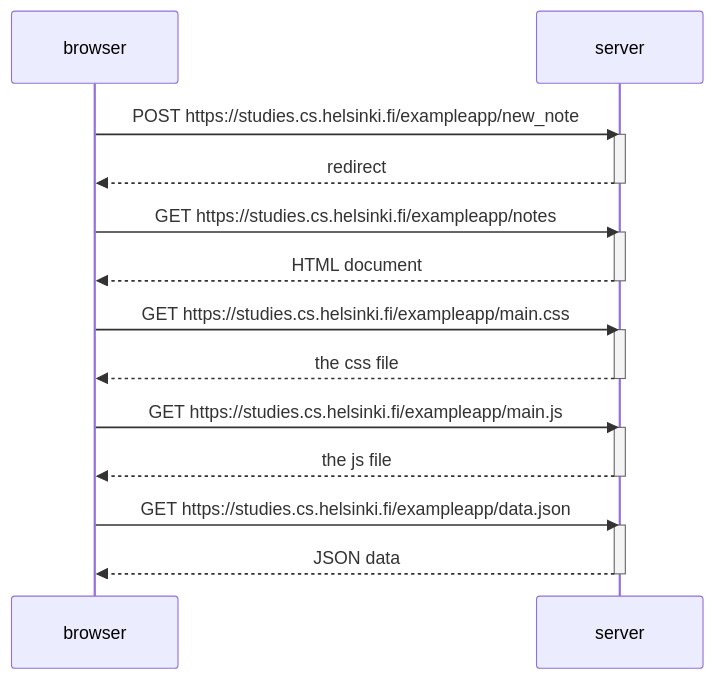
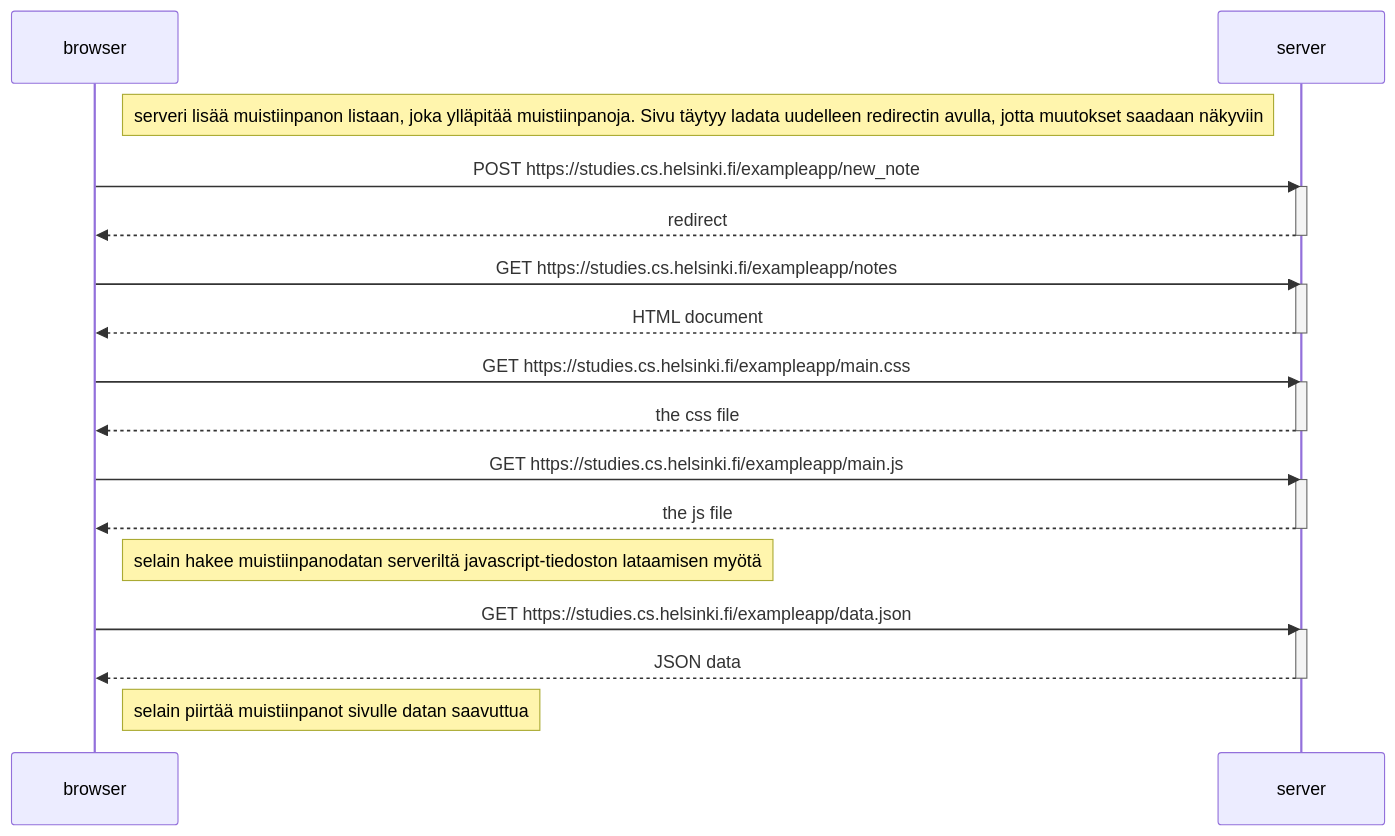
Before and after one commit to Kugzz/FullStackOpenPalautus: the diagram in osa0/0_4_uusi_muistiinpano.md, drawn with Mermaid.

Commit message:
kommentit muutettu näkyviksi
aikaisemmin kommentit olivat koodiin kirjoitettuja kommentteja

````diff
--- a/osa0/0_4_uusi_muistiinpano.md
+++ b/osa0/0_4_uusi_muistiinpano.md
@@ -1,34 +1,34 @@
 ```mermaid
 sequenceDiagram
     participant browser
     participant server
 
+    note left of server: serveri lisää muistiinpanon listaan, joka ylläpitää muistiinpanoja. Sivu täytyy ladata uudelleen redirectin avulla, jotta muutokset saadaan näkyviin
     browser->>server:POST https://studies.cs.helsinki.fi/exampleapp/new_note
-    %%serveri lisää muistiinpanon listaan, joka ylläpitää muistiinpanoja. Sivu täytyy ladata uudelleen redirectin avulla, jotta muutokset saadaan näkyviin
     activate server
     server-->>browser: redirect
     deactivate server
 
     browser->>server:GET https://studies.cs.helsinki.fi/exampleapp/notes
     activate server
     server-->>browser: HTML document
     deactivate server
 
     browser->>server:GET https://studies.cs.helsinki.fi/exampleapp/main.css
     activate server
     server-->>browser: the css file
     deactivate server
 
     browser->>server: GET https://studies.cs.helsinki.fi/exampleapp/main.js
     activate server
-    %%selain hakee javascript-tiedoston, joka sisältää koodin muistiipanojen hakemiseen serveriltä sekä niiden piirtämiseen selaimessa.
     server-->>browser: the js file
     deactivate server
 
+    note right of browser: selain hakee muistiinpanodatan serveriltä javascript-tiedoston lataamisen myötä
     browser->>server: GET https://studies.cs.helsinki.fi/exampleapp/data.json
     activate server
-    %&serveri palauttaa dataa kaikista muistiinpanoista JSON-muodossa. Serverin täytyi ladata sivu uudelleen, sillä ohjelma hakee datan ainoastaan sivun lataamisen yhteydessä
     server-->>browser: JSON data
-    deactivate server 
+    deactivate server
+    note right of browser: selain piirtää muistiinpanot sivulle datan saavuttua
 
 ```
````
